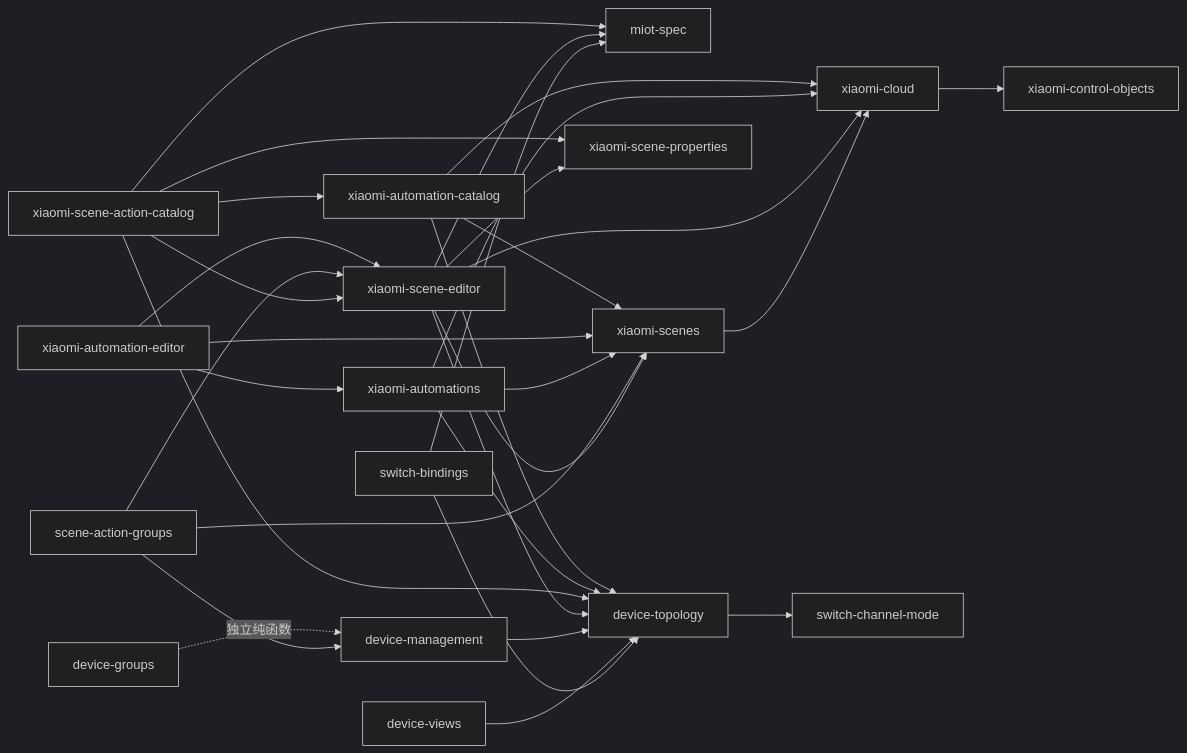
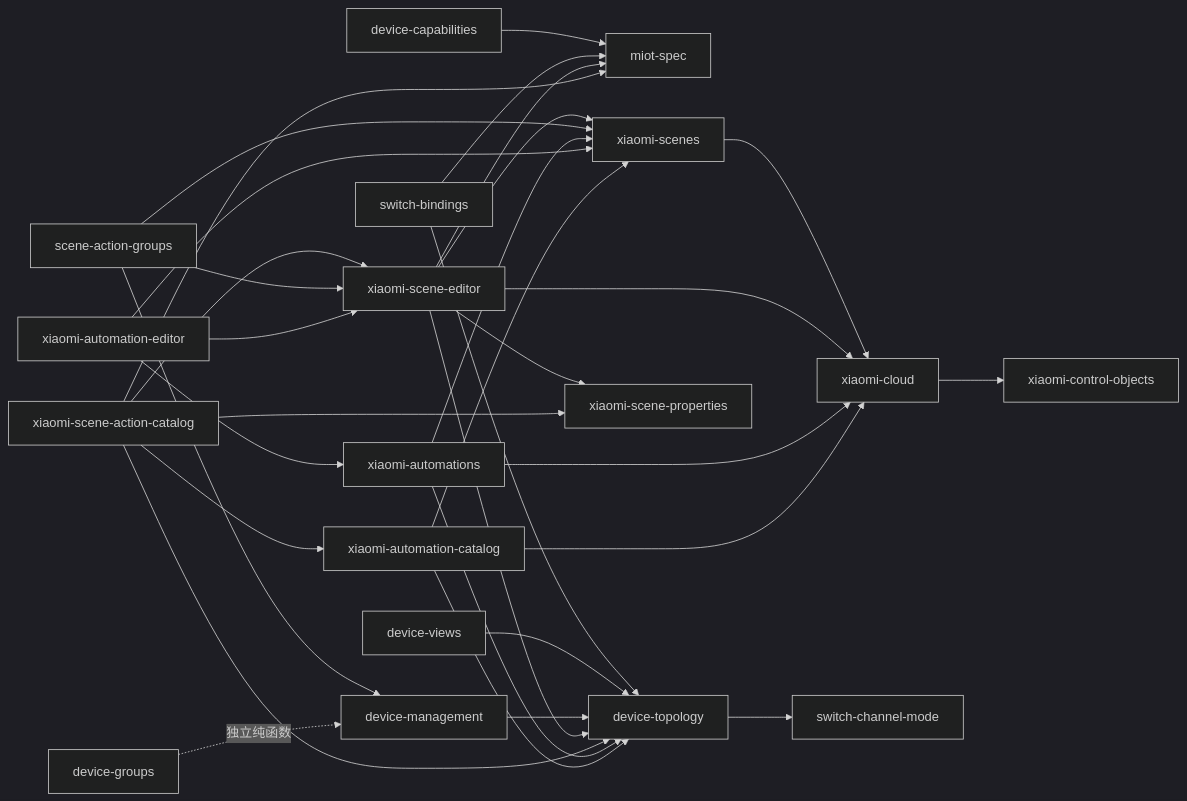
One commit to zhangys10/mijia-web-console changed the eighth of 13 diagrams in docs/architecture.md. Above: the diagram before and after it, drawn with Mermaid (dark theme). The commit also changed other lines of this file and 12 other files, not shown here.

Commit message:
refactor: separate device capabilities and actions

````diff
--- a/docs/architecture.md
+++ b/docs/architecture.md
@@ -300,35 +300,37 @@
 ```mermaid
 flowchart LR
     Cloud[xiaomi-cloud]
     ControlObjects[xiaomi-control-objects]
     Miot[miot-spec]
+    Capabilities[device-capabilities]
     Topology[device-topology]
     ChannelMode[switch-channel-mode]
     Bindings[switch-bindings]
     Views[device-views]
     Groups[device-groups]
     Management[device-management]
     Scenes[xiaomi-scenes]
     SceneEditor[xiaomi-scene-editor]
     SceneActionCatalog[xiaomi-scene-action-catalog]
     SceneProperties[xiaomi-scene-properties]
     SceneGroups[scene-action-groups]
     Automations[xiaomi-automations]
     AutomationEditor[xiaomi-automation-editor]
     AutomationCatalog[xiaomi-automation-catalog]
 
     Cloud --> ControlObjects
+    Capabilities --> Miot
     Topology --> ChannelMode
     Bindings --> Miot & Topology
     Views --> Topology
     Management --> Topology
     Scenes --> Cloud
     SceneEditor --> Cloud & Miot & Topology & SceneProperties & Scenes
     SceneActionCatalog --> AutomationCatalog & Miot & Topology & SceneProperties & SceneEditor
     SceneGroups --> Management & SceneEditor & Scenes
     Automations --> Cloud & Topology & Scenes
     AutomationEditor --> SceneEditor & Scenes & Automations
     AutomationCatalog --> Cloud & Topology & Scenes
 
     Groups -.独立纯函数.-> Management
 ```
````
